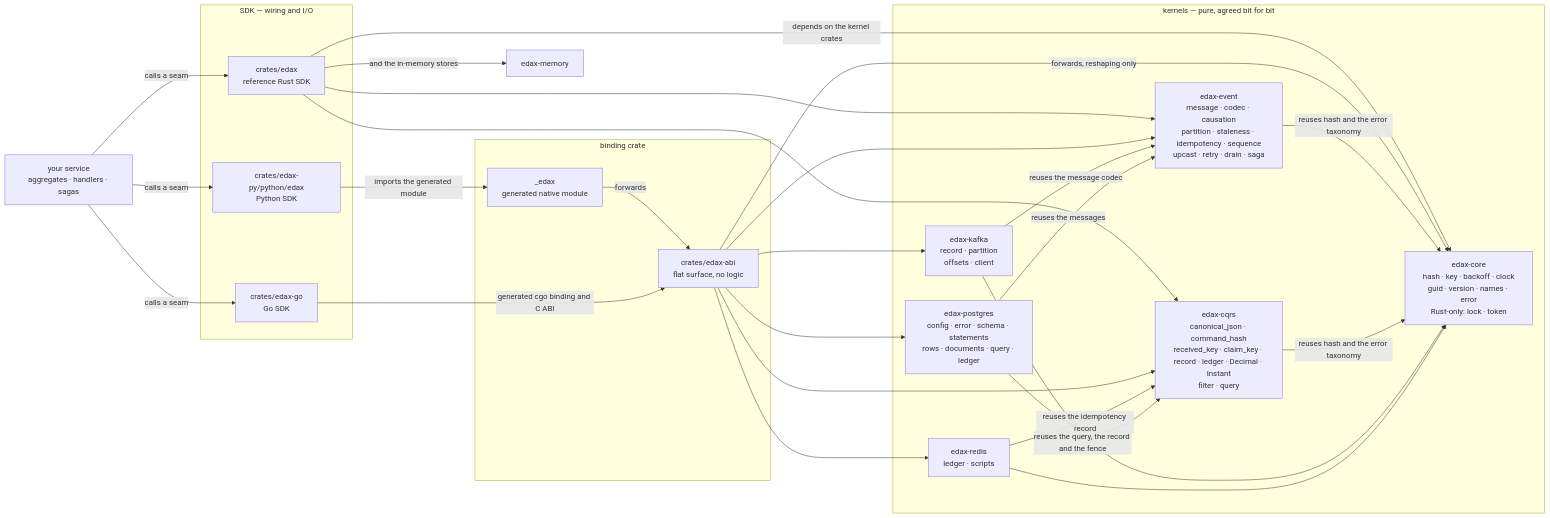
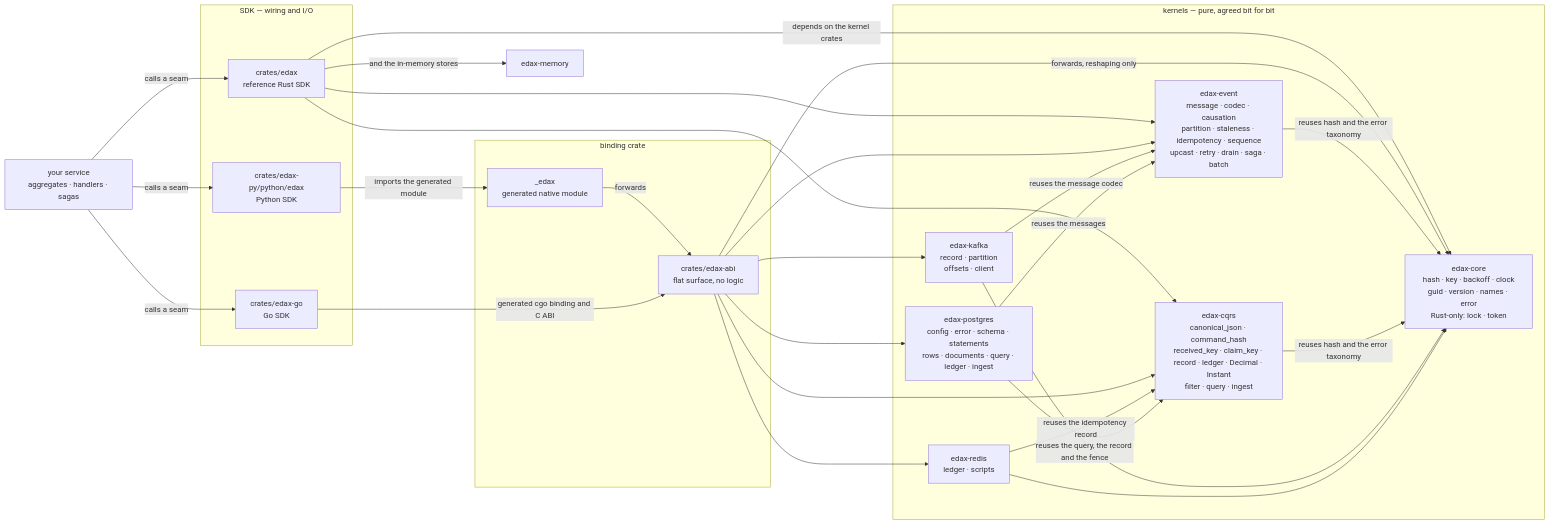
The first of 2 diagrams in docs/kernels/README.md (haskian/edax), drawn with Mermaid before and after one commit. The commit also changed 12 other files, not shown here.

````diff
--- a/docs/kernels/README.md
+++ b/docs/kernels/README.md
@@ -10,49 +10,49 @@
 ```mermaid
 flowchart LR
     APP["your service<br/>aggregates · handlers · sagas"]
 
     subgraph sdks["SDK — wiring and I/O"]
         RS["crates/edax<br/>reference Rust SDK"]
         PY["crates/edax-py/python/edax<br/>Python SDK"]
         GO["crates/edax-go<br/>Go SDK"]
     end
 
     subgraph binding["binding crate"]
         ABI["crates/edax-abi<br/>flat surface, no logic"]
         NAT["_edax<br/>generated native module"]
     end
 
     subgraph kernels["kernels — pure, agreed bit for bit"]
         CORE["edax-core<br/>hash · key · backoff · clock<br/>guid · version · names · error<br/>Rust-only: lock · token"]
-        EV["edax-event<br/>message · codec · causation<br/>partition · staleness · idempotency · sequence<br/>upcast · retry · drain · saga"]
-        CQ["edax-cqrs<br/>canonical_json · command_hash<br/>received_key · claim_key · record · ledger · Decimal · Instant<br/>filter · query"]
+        EV["edax-event<br/>message · codec · causation<br/>partition · staleness · idempotency · sequence<br/>upcast · retry · drain · saga · batch"]
+        CQ["edax-cqrs<br/>canonical_json · command_hash<br/>received_key · claim_key · record · ledger · Decimal · Instant<br/>filter · query · ingest"]
         KAF["edax-kafka<br/>record · partition<br/>offsets · client"]
         RED["edax-redis<br/>ledger · scripts"]
-        PG["edax-postgres<br/>config · error · schema · statements<br/>rows · documents · query · ledger"]
+        PG["edax-postgres<br/>config · error · schema · statements<br/>rows · documents · query · ledger · ingest"]
     end
 
     APP -->|"calls a seam"| RS
     APP -->|"calls a seam"| PY
     APP -->|"calls a seam"| GO
     RS -->|"depends on the kernel crates"| CORE
     RS --> EV
     RS --> CQ
     RS -->|"and the in-memory stores"| MEM["edax-memory"]
     PY -->|"imports the generated module"| NAT
     NAT -->|"forwards"| ABI
     GO -->|"generated cgo binding and C ABI"| ABI
     ABI -->|"forwards, reshaping only"| CORE
     ABI --> EV
     ABI --> CQ
     ABI --> KAF
     ABI --> RED
     ABI --> PG
     EV -->|"reuses hash and the error taxonomy"| CORE
     CQ -->|"reuses hash and the error taxonomy"| CORE
     KAF -->|"reuses the message codec"| EV
     KAF --> CORE
     RED -->|"reuses the idempotency record"| CQ
     RED --> CORE
     PG -->|"reuses the query, the record and the fence"| CQ
     PG -->|"reuses the messages"| EV
 ```
````
